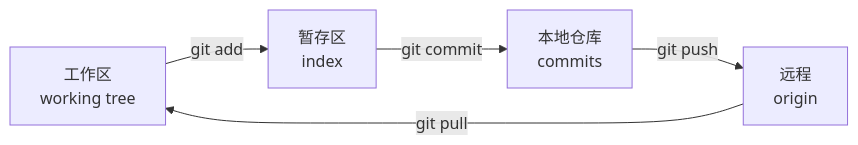
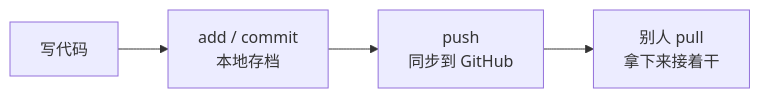
The diagram in src/content/blog/git-github-workflow.md (XJTUCSLG/XJTUCSLG.github.io), drawn with Mermaid before and after one commit. The commit also changed other lines of this file, not shown here.

Commit message:
重写 git 概念篇：用 Git 管住代码

````diff
--- a/src/content/blog/git-github-workflow.md
+++ b/src/content/blog/git-github-workflow.md
@@ -31,12 +32,6 @@
 ```mermaid
 flowchart LR
-  W["工作区<br/>working tree"]
-  I["暂存区<br/>index"]
-  L["本地仓库<br/>commits"]
-  R["远程<br/>origin"]
-
-  W -- "git add" --> I
-  I -- "git commit" --> L
-  L -- "git push" --> R
-  R -- "git pull" --> W
+  A["写代码"] --> B["add / commit<br/>本地存档"]
+  B --> C["push<br/>同步到 GitHub"]
+  C --> D["别人 pull<br/>拿下来接着干"]
 ```
````
